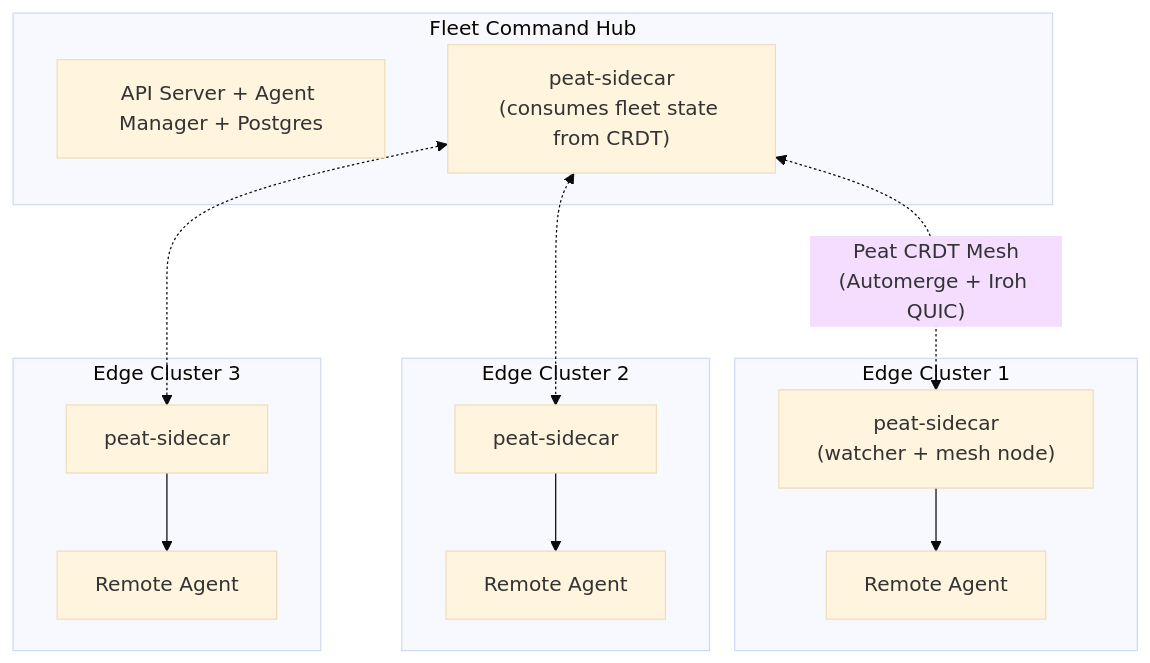
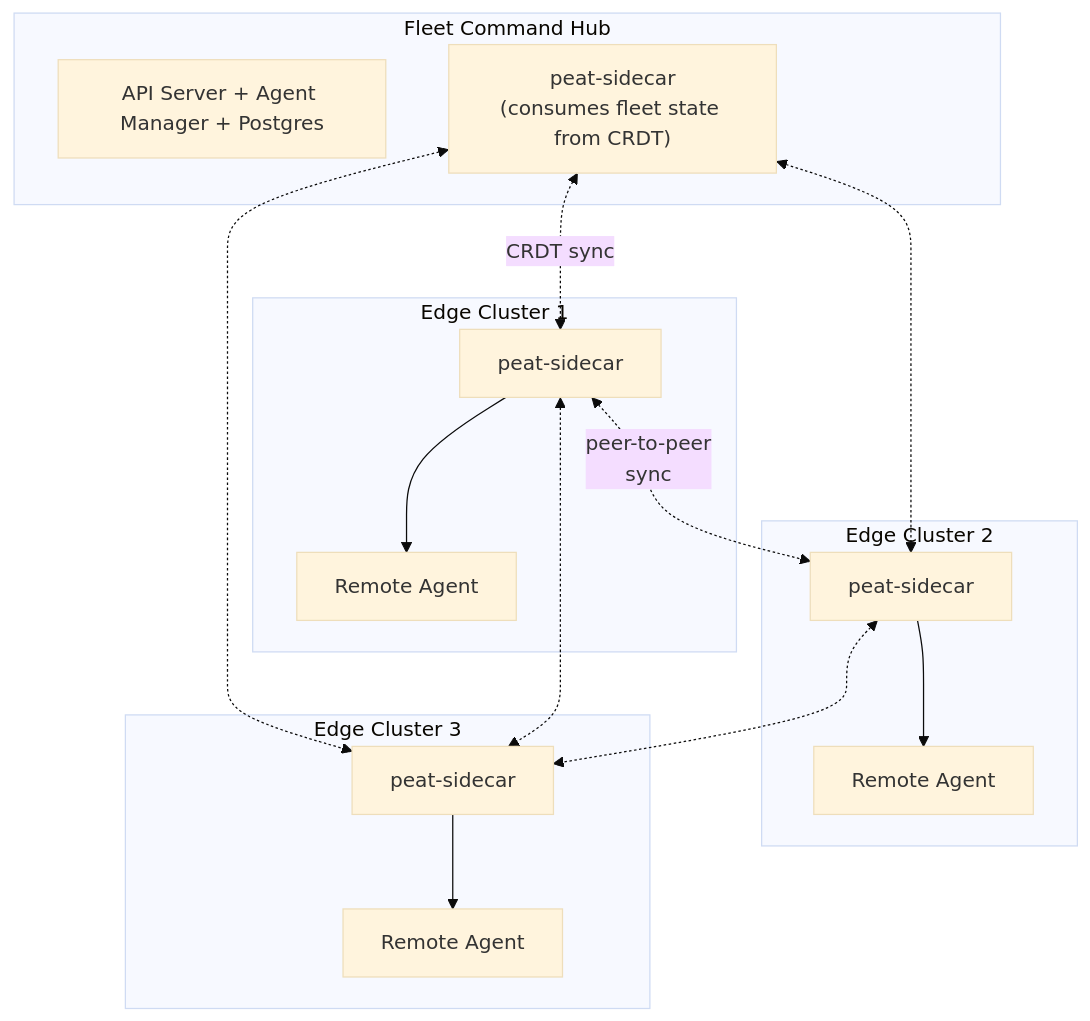
One commit to defenseunicorns/peat-node changed the second of 4 diagrams in docs/DESIGN.md. Above: the diagram before and after it, drawn with Mermaid (base theme). The commit also changed other lines of this file, not shown here.

Commit message:
docs: show edge-to-edge peer sync in fleet topology diagram

````diff
--- a/docs/DESIGN.md
+++ b/docs/DESIGN.md
@@ -61,25 +61,28 @@
 ```mermaid
 graph TB
     subgraph hub["Fleet Command Hub"]
         hubapi["API Server + Agent Manager + Postgres"]
         hubsidecar["peat-sidecar<br/>(consumes fleet state from CRDT)"]
     end
-    hubsidecar <-. "Peat CRDT Mesh<br/>(Automerge + Iroh QUIC)" .-> e1sidecar
+    hubsidecar <-. "CRDT sync" .-> e1sidecar
     hubsidecar <-.-> e2sidecar
     hubsidecar <-.-> e3sidecar
+    e1sidecar <-. "peer-to-peer<br/>sync" .-> e2sidecar
+    e2sidecar <-.-> e3sidecar
+    e1sidecar <-.-> e3sidecar
     subgraph e1["Edge Cluster 1"]
         e1agent["Remote Agent"]
-        e1sidecar["peat-sidecar<br/>(watcher + mesh node)"]
+        e1sidecar["peat-sidecar"]
         e1sidecar --> e1agent
     end
     subgraph e2["Edge Cluster 2"]
         e2agent["Remote Agent"]
         e2sidecar["peat-sidecar"]
         e2sidecar --> e2agent
     end
     subgraph e3["Edge Cluster 3"]
         e3agent["Remote Agent"]
         e3sidecar["peat-sidecar"]
         e3sidecar --> e3agent
     end
 ```
````
